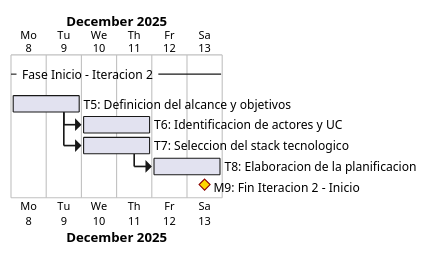
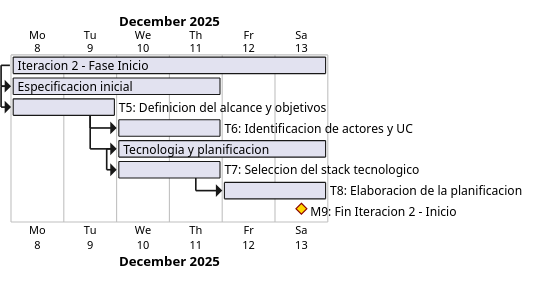
The diagram in anexos/diagramas/gantt-inicio2.puml (ErDeivih/DocumentChain), drawn with PlantUML before and after one commit. The commit also changed 214 other files, not shown here.

```diff
--- a/anexos/diagramas/gantt-inicio2.puml
+++ b/anexos/diagramas/gantt-inicio2.puml
@@ -1,14 +1,24 @@
 @startgantt
 skinparam backgroundColor White
-printscale daily zoom 2
+printscale daily zoom 3
 Project starts 2025-12-08
 
--- Fase Inicio - Iteracion 2 --
+[Iteracion 2 - Fase Inicio] lasts 6 days
+
+[Especificacion inicial] lasts 4 days
+[Especificacion inicial] starts at [Iteracion 2 - Fase Inicio]'s start
 [T5: Definicion del alcance y objetivos] lasts 2 days
-then [T6: Identificacion de actores y UC] lasts 2 days
+[T5: Definicion del alcance y objetivos] starts at [Especificacion inicial]'s start
+[T6: Identificacion de actores y UC] lasts 2 days
+[T6: Identificacion de actores y UC] starts at [T5: Definicion del alcance y objetivos]'s end
+
+[Tecnologia y planificacion] lasts 4 days
+[Tecnologia y planificacion] starts at [T5: Definicion del alcance y objetivos]'s end
 [T7: Seleccion del stack tecnologico] lasts 2 days
-[T7: Seleccion del stack tecnologico] starts at [T5: Definicion del alcance y objetivos]'s end
-then [T8: Elaboracion de la planificacion] lasts 2 days
-[M9: Fin Iteracion 2 - Inicio] happens at [T8: Elaboracion de la planificacion]'s end
+[T7: Seleccion del stack tecnologico] starts at [Tecnologia y planificacion]'s start
+[T8: Elaboracion de la planificacion] lasts 2 days
+[T8: Elaboracion de la planificacion] starts at [T7: Seleccion del stack tecnologico]'s end
+
+[M9: Fin Iteracion 2 - Inicio] happens at [Iteracion 2 - Fase Inicio]'s end
 [M9: Fin Iteracion 2 - Inicio] is colored in Gold/DarkRed
 @endgantt
```
